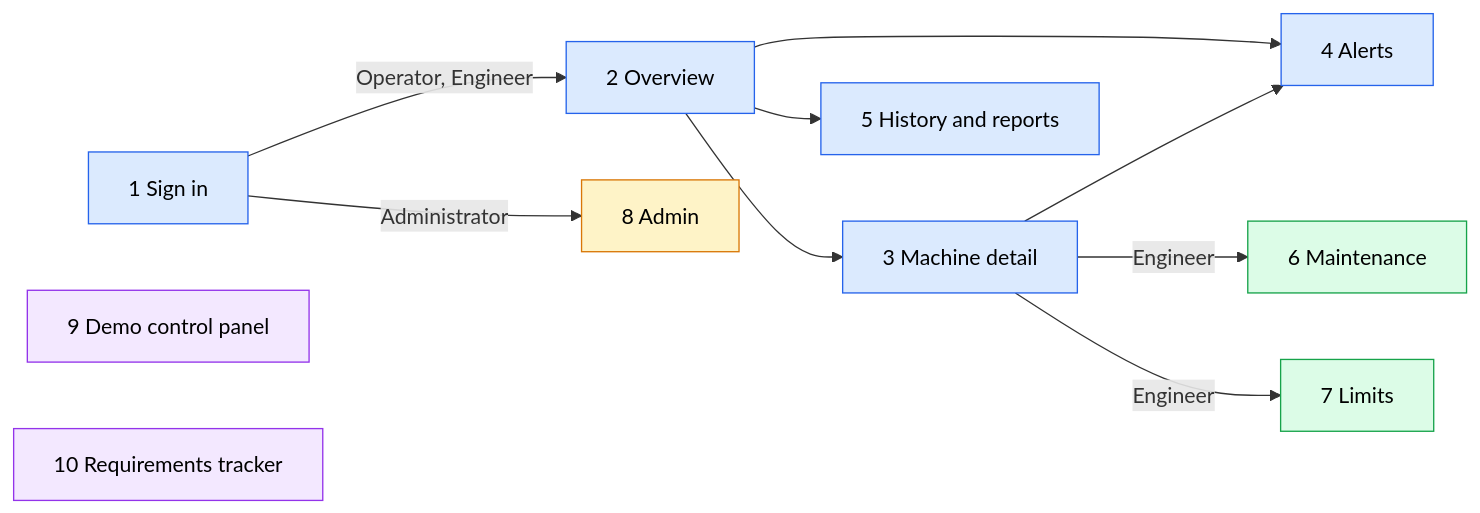
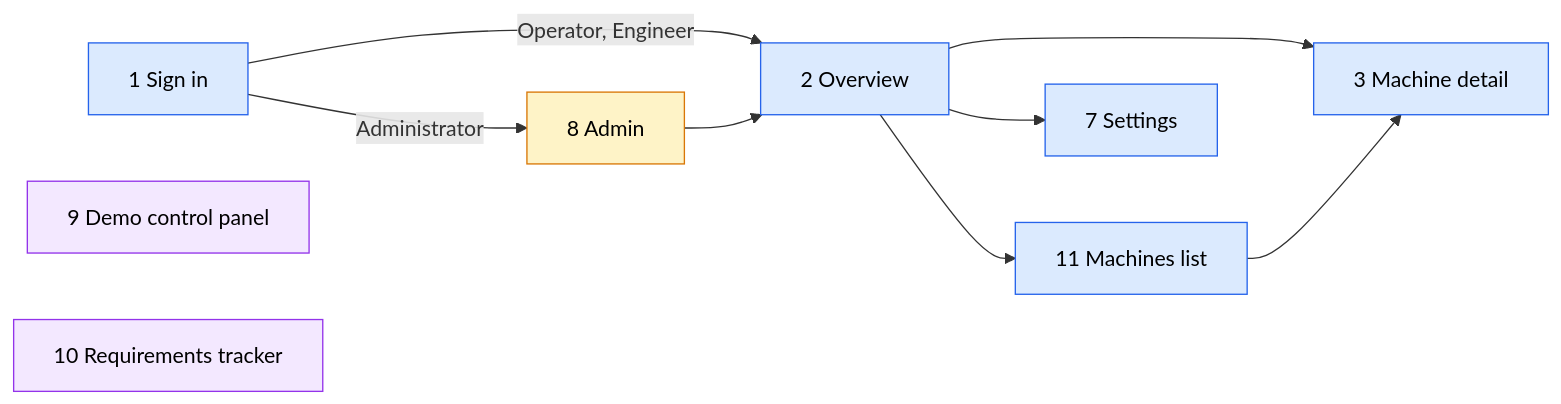
One commit to Prince-Wayne13/Industrial-Fault-detection-system changed the diagram in design/page-map.md. Above: the diagram before and after it, drawn with Mermaid. The commit also changed other lines of this file and 11 other files, not shown here.

````diff
--- a/design/page-map.md
+++ b/design/page-map.md
@@ -39,21 +40,18 @@
 ```mermaid
 flowchart LR
   S["1 Sign in"] -->|Operator, Engineer| O["2 Overview"]
   S -->|Administrator| A["8 Admin"]
+  A --> O
   O --> M["3 Machine detail"]
-  O --> AL["4 Alerts"]
-  O --> H["5 History and reports"]
-  M --> AL
-  M -->|Engineer| MT["6 Maintenance"]
-  M -->|Engineer| L["7 Limits"]
+  O --> ML["11 Machines list"]
+  ML --> M
+  O --> ST["7 Settings"]
   D["9 Demo control panel"]
   R["10 Requirements tracker"]
   classDef shared fill:#dbeafe,stroke:#2563eb,color:#000
-  classDef eng fill:#dcfce7,stroke:#16a34a,color:#000
   classDef adm fill:#fef3c7,stroke:#d97706,color:#000
   classDef demo fill:#f3e8ff,stroke:#9333ea,color:#000
-  class S,O,M,AL,H shared
-  class MT,L eng
+  class S,O,M,ML,ST shared
   class A adm
   class D,R demo
 ```
````
